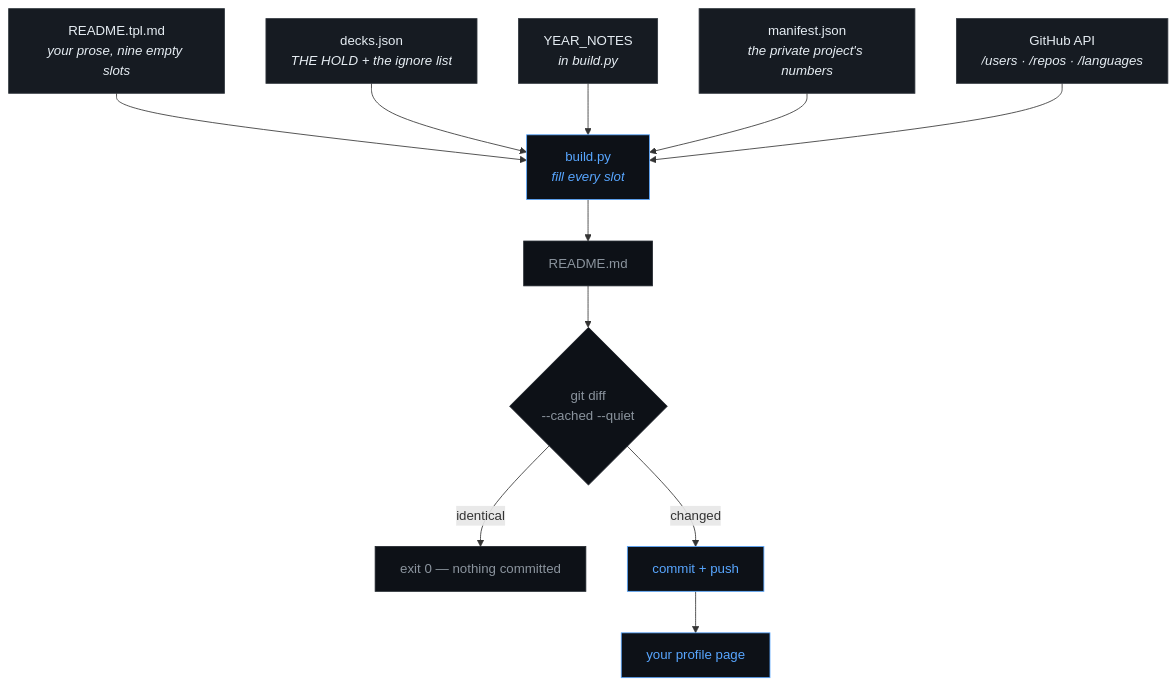
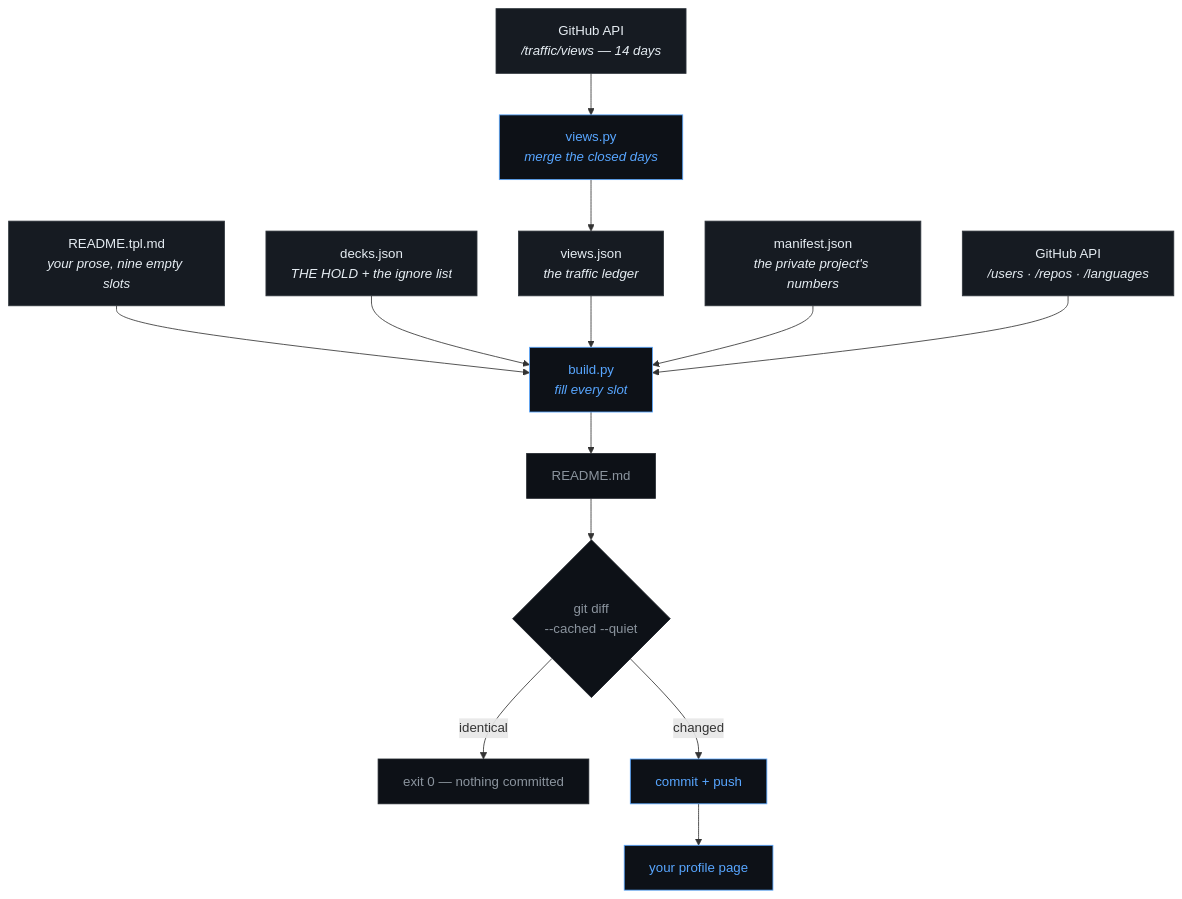
Before and after one commit to StarFleet1334/StarFleet1334: the first of 4 diagrams in PROCESS.md, drawn with Mermaid. The commit also changed other lines of this file and 6 other files, not shown here.

````diff
--- a/PROCESS.md
+++ b/PROCESS.md
@@ -7,20 +7,22 @@
 ```mermaid
 flowchart TD
     A["README.tpl.md<br/><i>your prose, nine empty slots</i>"] --> C
     B["decks.json<br/><i>THE HOLD + the ignore list</i>"] --> C
-    Y["YEAR_NOTES<br/><i>in build.py</i>"] --> C
+    V["views.json<br/><i>the traffic ledger</i>"] --> C
     M["manifest.json<br/><i>the private project's numbers</i>"] --> C
     G["GitHub API<br/><i>/users · /repos · /languages</i>"] --> C
+    T["GitHub API<br/><i>/traffic/views — 14 days</i>"] --> W
+    W["views.py<br/><i>merge the closed days</i>"] --> V
     C["build.py<br/><i>fill every slot</i>"] --> D["README.md"]
     D --> E{"git diff<br/>--cached --quiet"}
     E -->|identical| F["exit 0 — nothing committed"]
     E -->|changed| H["commit + push"]
     H --> I["your profile page"]
 
     classDef src  fill:#161b22,stroke:#30363d,color:#e6edf3
     classDef act  fill:#0d1117,stroke:#58a6ff,color:#58a6ff
     classDef quiet fill:#0d1117,stroke:#21262d,color:#8b949e
-    class A,B,M,G,Y src
-    class C,H,I act
+    class A,B,M,G,T,V src
+    class C,W,H,I act
     class D,E,F quiet
 ```
````
